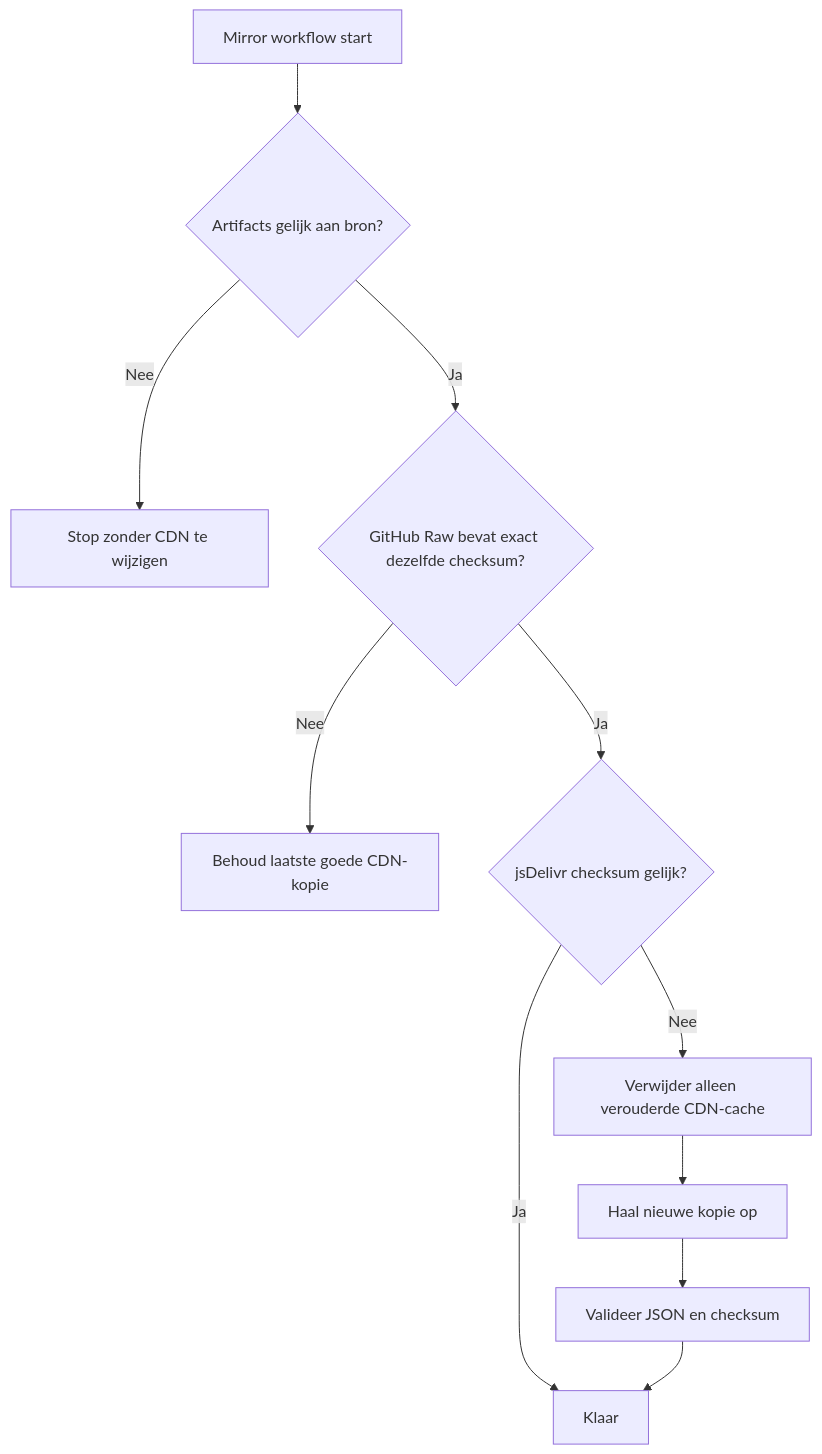
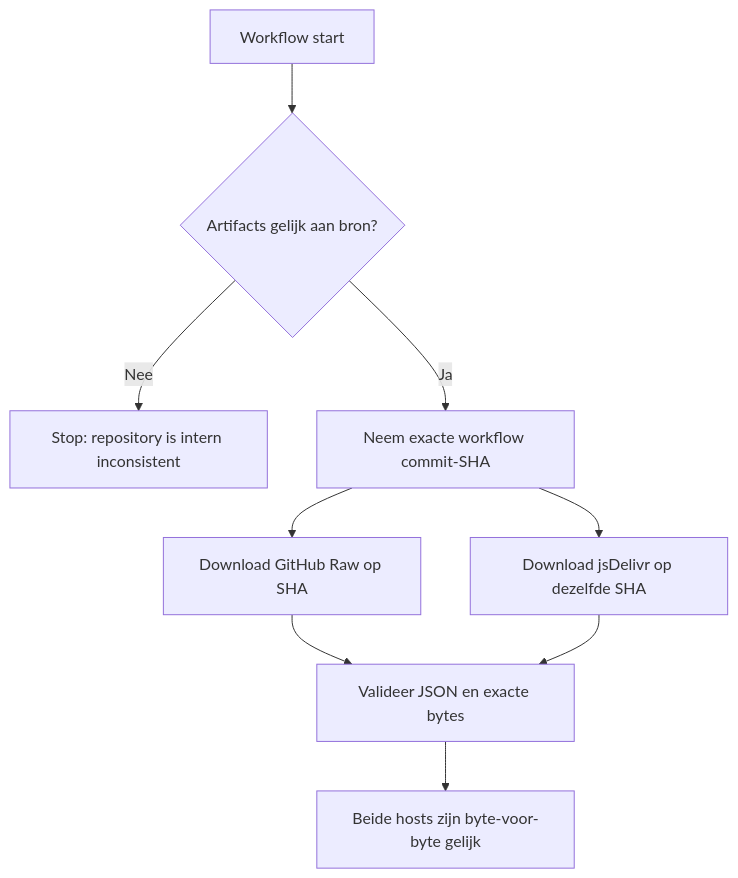
One commit to PRAxISDEVELOPMENT/mypraxis_translation_keys changed the second of 2 diagrams in README.md. Above: the diagram before and after it, drawn with Mermaid. The commit also changed other lines of this file and 12 other files, not shown here.

Commit message:
Use immutable CDN URLs for exact translation delivery

````diff
--- a/README.md
+++ b/README.md
@@ -357,13 +361,11 @@
 ```mermaid
 flowchart TD
-    START[Mirror workflow start] --> SYNC{Artifacts gelijk aan bron?}
-    SYNC -- Nee --> STOP[Stop zonder CDN te wijzigen]
-    SYNC -- Ja --> RAW{GitHub Raw bevat exact dezelfde checksum?}
-    RAW -- Nee --> KEEP[Behoud laatste goede CDN-kopie]
-    RAW -- Ja --> CDN{jsDelivr checksum gelijk?}
-    CDN -- Ja --> DONE[Klaar]
-    CDN -- Nee --> PURGE[Verwijder alleen verouderde CDN-cache]
-    PURGE --> WARM[Haal nieuwe kopie op]
-    WARM --> VERIFY[Valideer JSON en checksum]
-    VERIFY --> DONE
+    START[Workflow start] --> SYNC{Artifacts gelijk aan bron?}
+    SYNC -- Nee --> STOP[Stop: repository is intern inconsistent]
+    SYNC -- Ja --> SHA[Neem exacte workflow commit-SHA]
+    SHA --> RAW[Download GitHub Raw op SHA]
+    SHA --> CDN[Download jsDelivr op dezelfde SHA]
+    RAW --> VERIFY[Valideer JSON en exacte bytes]
+    CDN --> VERIFY
+    VERIFY --> DONE[Beide hosts zijn byte-voor-byte gelijk]
 ```
````
